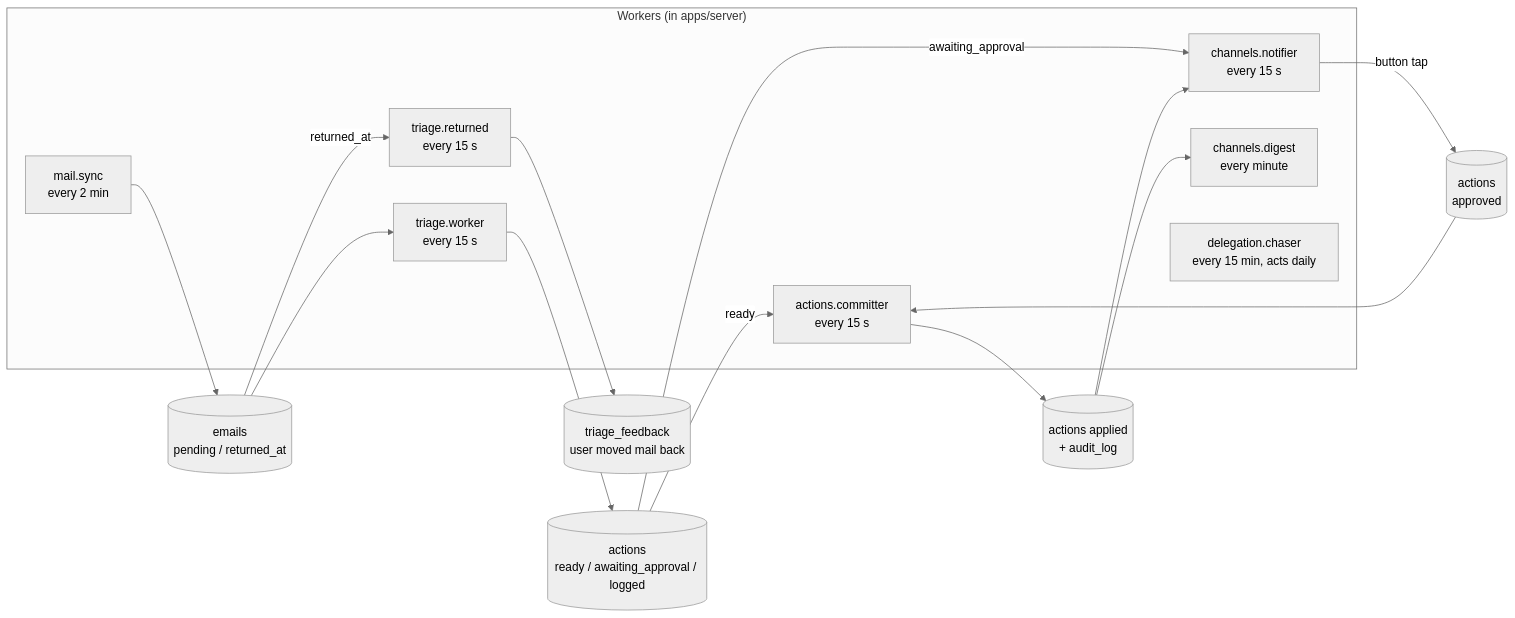
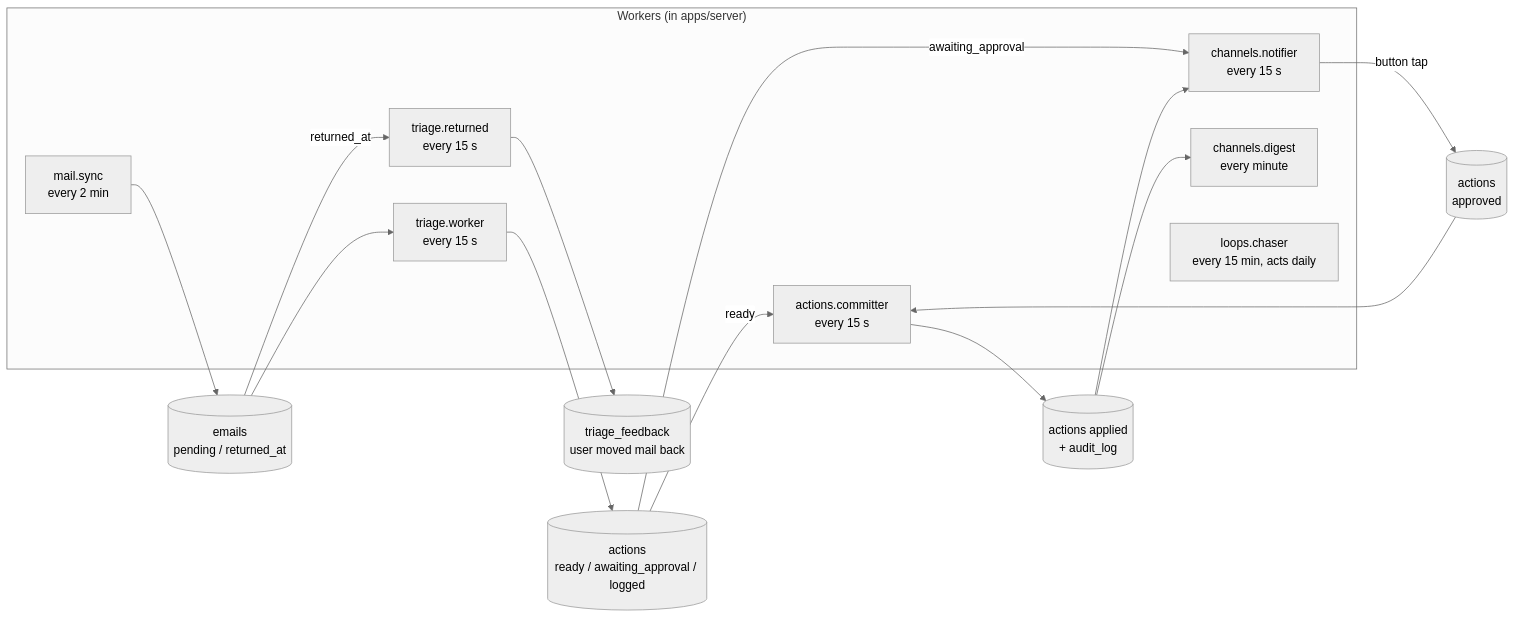
Before and after one commit to Artexs/email_assistant: the diagram in docs/modules.md, drawn with Mermaid (neutral theme). The commit also changed other lines of this file and 17 other files, not shown here.

````diff
--- a/docs/modules.md
+++ b/docs/modules.md
@@ -32,25 +32,25 @@
 ```mermaid
 flowchart LR
     subgraph Jobs["Workers (in apps/server)"]
         J1[mail.sync<br/>every 2 min]
         J2[triage.worker<br/>every 15 s]
         J3[actions.committer<br/>every 15 s]
         J4[channels.notifier<br/>every 15 s]
         J5[channels.digest<br/>every minute]
-        J6[delegation.chaser<br/>every 15 min, acts daily]
+        J6[loops.chaser<br/>every 15 min, acts daily]
         J7[triage.returned<br/>every 15 s]
     end
 
     J1 --> E1[(emails<br/>pending / returned_at)]
     E1 --> J2
     E1 -->|returned_at| J7
     J7 --> F1[(triage_feedback<br/>user moved mail back)]
     J2 --> A1[(actions<br/>ready / awaiting_approval / logged)]
     A1 -->|ready| J3
     A1 -->|awaiting_approval| J4
     J4 -->|button tap| A2[(actions<br/>approved)]
     A2 --> J3
     J3 --> A3[(actions applied<br/>+ audit_log)]
     A3 --> J4
     A3 --> J5
 ```
````
